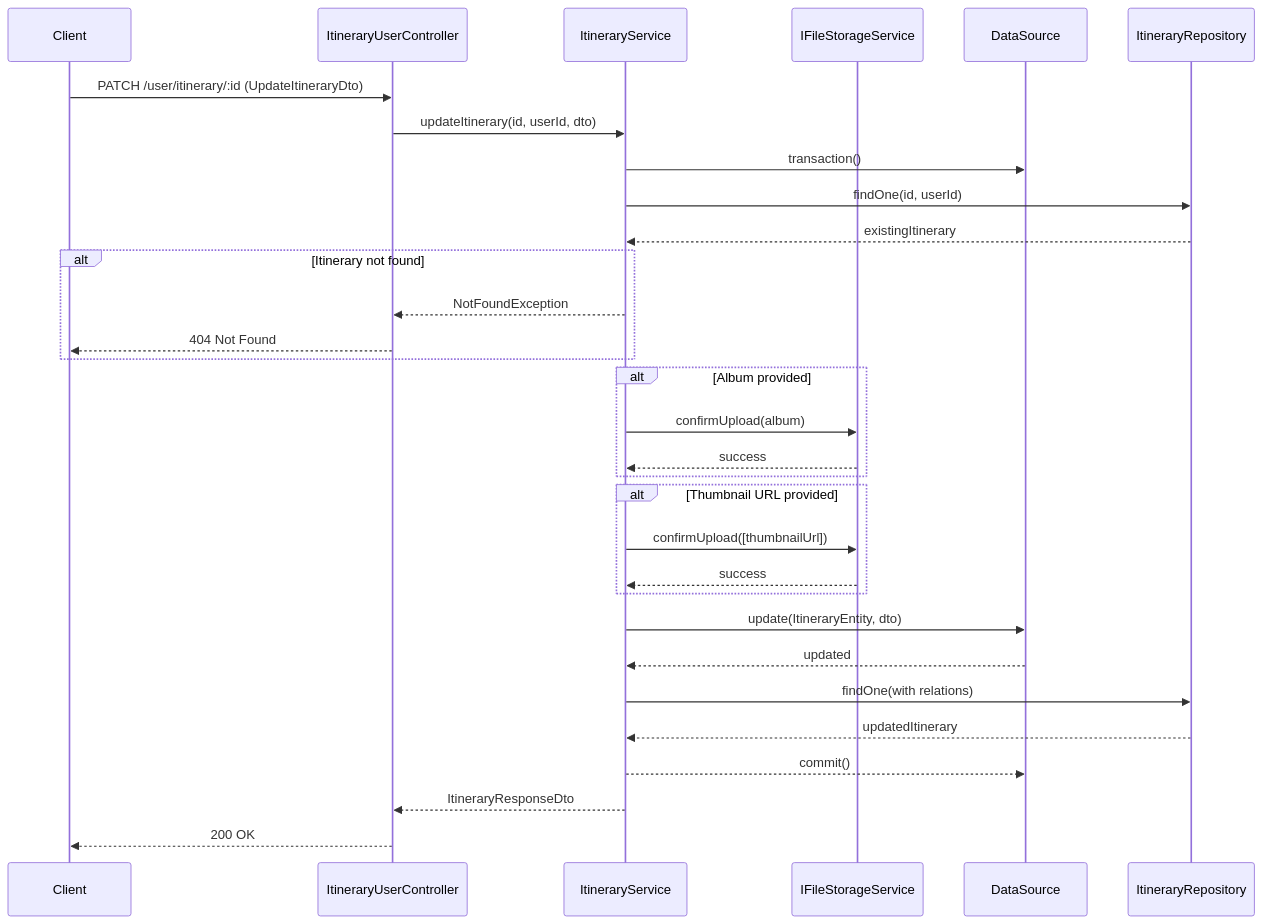
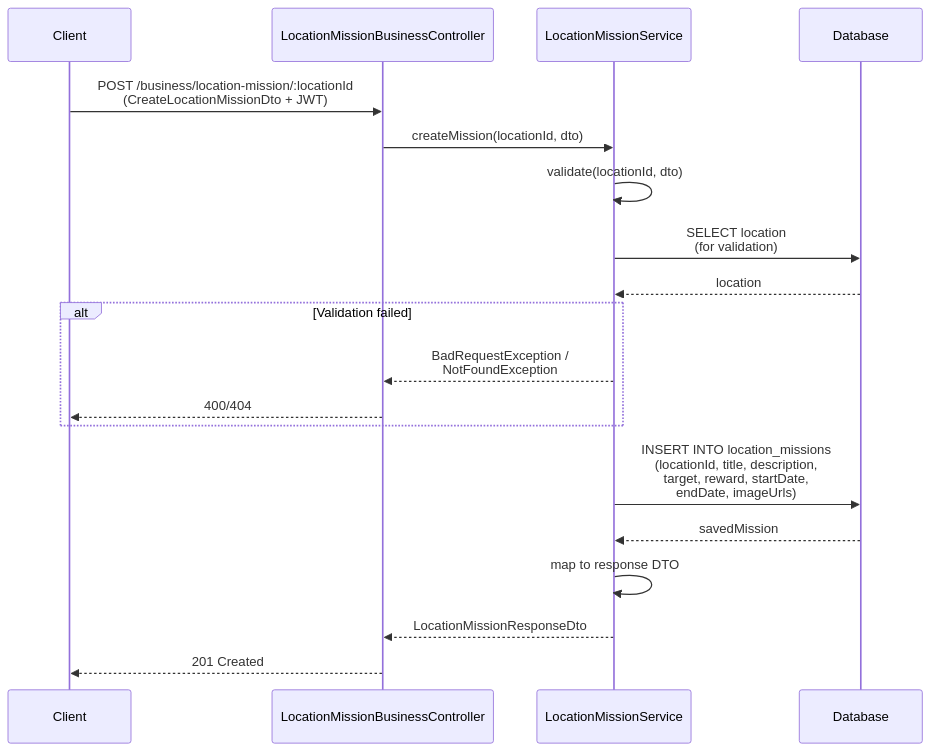
One commit to UrbanLens-2025/urban-lens_server changed the second of 7 diagrams in docs/diagrams/sequence-diagrams.md. Above: the diagram before and after it, drawn with Mermaid. The commit also changed other lines of this file and 20 other files, not shown here.

````diff
--- a/docs/diagrams/sequence-diagrams.md
+++ b/docs/diagrams/sequence-diagrams.md
@@ -84,42 +58,26 @@
 ```mermaid
 sequenceDiagram
     participant Client
-    participant ItineraryController as ItineraryUserController
-    participant ItineraryService
-    participant FileStorageService as IFileStorageService
-    participant DataSource
-    participant ItineraryRepository
+    participant MissionController as LocationMissionBusinessController
+    participant MissionService as LocationMissionService
+    participant Database
 
-    Client->>ItineraryController: PATCH /user/itinerary/:id (UpdateItineraryDto)
-    ItineraryController->>ItineraryService: updateItinerary(id, userId, dto)
+    Client->>MissionController: POST /business/location-mission/:locationId<br/>(CreateLocationMissionDto + JWT)
+    MissionController->>MissionService: createMission(locationId, dto)
 
-    ItineraryService->>DataSource: transaction()
+    MissionService->>MissionService: validate(locationId, dto)
+    MissionService->>Database: SELECT location<br/>(for validation)
+    Database-->>MissionService: location
 
-    ItineraryService->>ItineraryRepository: findOne(id, userId)
-    ItineraryRepository-->>ItineraryService: existingItinerary
-
-    alt Itinerary not found
-        ItineraryService-->>ItineraryController: NotFoundException
-        ItineraryController-->>Client: 404 Not Found
+    alt Validation failed
+        MissionService-->>MissionController: BadRequestException /<br/>NotFoundException
+        MissionController-->>Client: 400/404
     end
 
-    alt Album provided
-        ItineraryService->>FileStorageService: confirmUpload(album)
-        FileStorageService-->>ItineraryService: success
-    end
+    MissionService->>Database: INSERT INTO location_missions<br/>(locationId, title, description,<br/>target, reward, startDate,<br/>endDate, imageUrls)
+    Database-->>MissionService: savedMission
 
-    alt Thumbnail URL provided
-        ItineraryService->>FileStorageService: confirmUpload([thumbnailUrl])
-        FileStorageService-->>ItineraryService: success
-    end
-
-    ItineraryService->>DataSource: update(ItineraryEntity, dto)
-    DataSource-->>ItineraryService: updated
-
-    ItineraryService->>ItineraryRepository: findOne(with relations)
-    ItineraryRepository-->>ItineraryService: updatedItinerary
-
-    ItineraryService-->>DataSource: commit()
-    ItineraryService-->>ItineraryController: ItineraryResponseDto
-    ItineraryController-->>Client: 200 OK
+    MissionService->>MissionService: map to response DTO
+    MissionService-->>MissionController: LocationMissionResponseDto
+    MissionController-->>Client: 201 Created
 ```
````
